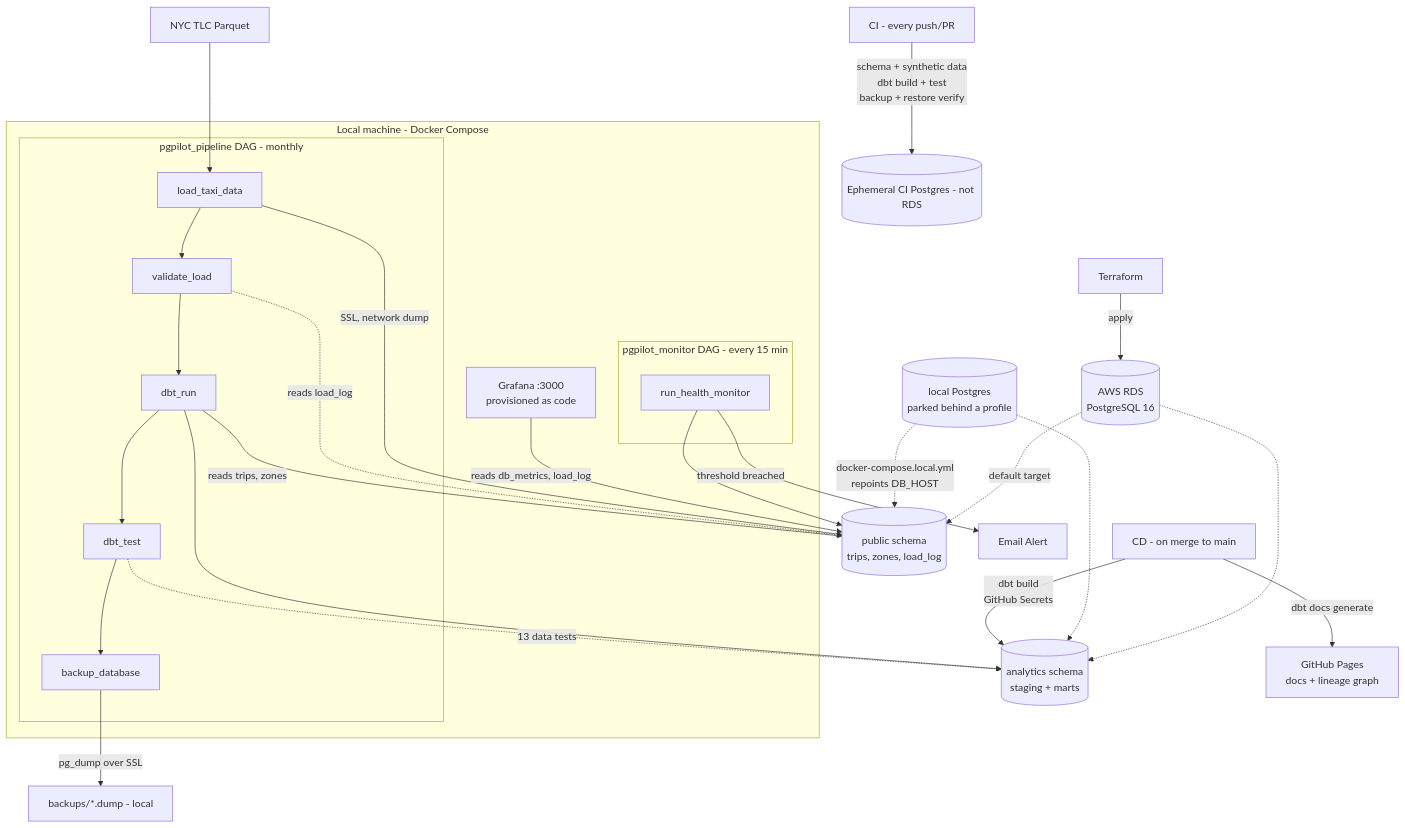
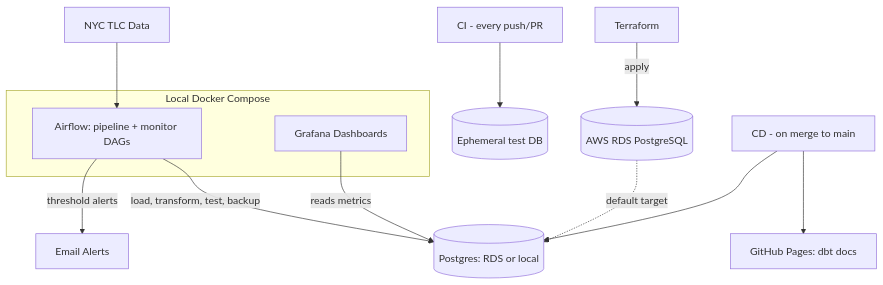
Before and after one commit to HerrerAaron/PGPilot: the diagram in README.md, drawn with Mermaid. The commit also changed other lines of this file, not shown here.

````diff
--- a/README.md
+++ b/README.md
@@ -69,37 +40,20 @@
 ```mermaid
 graph TD
-    TF[Terraform] -->|apply| RDS_INFRA[(AWS RDS\nPostgreSQL 16)]
+    TF[Terraform] -->|apply| RDS[(AWS RDS PostgreSQL)]
 
-    PARQUET[NYC TLC Parquet] --> LOAD
+    PARQUET[NYC TLC Data] --> AIRFLOW
 
-    subgraph LOCAL [Local machine - Docker Compose]
-        subgraph PIPELINE [pgpilot_pipeline DAG - monthly]
-            LOAD[load_taxi_data] --> VALIDATE[validate_load] --> DBTRUN[dbt_run] --> DBTTEST[dbt_test] --> BACKUP[backup_database]
-        end
-
-        subgraph MONITORDAG [pgpilot_monitor DAG - every 15 min]
-            MONITOR[run_health_monitor]
-        end
-
-        GRAFANA[Grafana :3000\nprovisioned as code]
+    subgraph LOCAL [Local Docker Compose]
+        AIRFLOW[Airflow: pipeline + monitor DAGs]
+        GRAFANA[Grafana Dashboards]
     end
 
-    LOAD -->|SSL, network dump| PUBLIC[(public schema\ntrips, zones, load_log)]
-    VALIDATE -.->|reads load_log| PUBLIC
-    DBTRUN -->|reads trips, zones| PUBLIC
-    DBTRUN --> ANALYTICS[(analytics schema\nstaging + marts)]
-    DBTTEST -.->|13 data tests| ANALYTICS
-    BACKUP -->|pg_dump over SSL| DUMP[backups/*.dump - local]
-    MONITOR --> PUBLIC
-    MONITOR -->|threshold breached| EMAIL[Email Alert]
-    GRAFANA -->|reads db_metrics, load_log| PUBLIC
+    AIRFLOW -->|load, transform, test, backup| DB[(Postgres: RDS or local)]
+    AIRFLOW -->|threshold alerts| EMAIL[Email Alerts]
+    GRAFANA -->|reads metrics| DB
+    RDS -.->|default target| DB
 
-    RDS_INFRA -.->|default target| PUBLIC
-    RDS_INFRA -.-> ANALYTICS
-    LOCAL_PG[(local Postgres\nparked behind a profile)] -.->|docker-compose.local.yml\nrepoints DB_HOST| PUBLIC
-    LOCAL_PG -.-> ANALYTICS
-
-    CI[CI - every push/PR] -->|schema + synthetic data\ndbt build + test\nbackup + restore verify| CIDB[(Ephemeral CI Postgres - not RDS)]
-    CD[CD - on merge to main] -->|dbt build\nGitHub Secrets| ANALYTICS
-    CD -->|dbt docs generate| PAGES[GitHub Pages\ndocs + lineage graph]
+    CI[CI - every push/PR] --> CIDB[(Ephemeral test DB)]
+    CD[CD - on merge to main] --> DB
+    CD --> PAGES[GitHub Pages: dbt docs]
 ```
````
